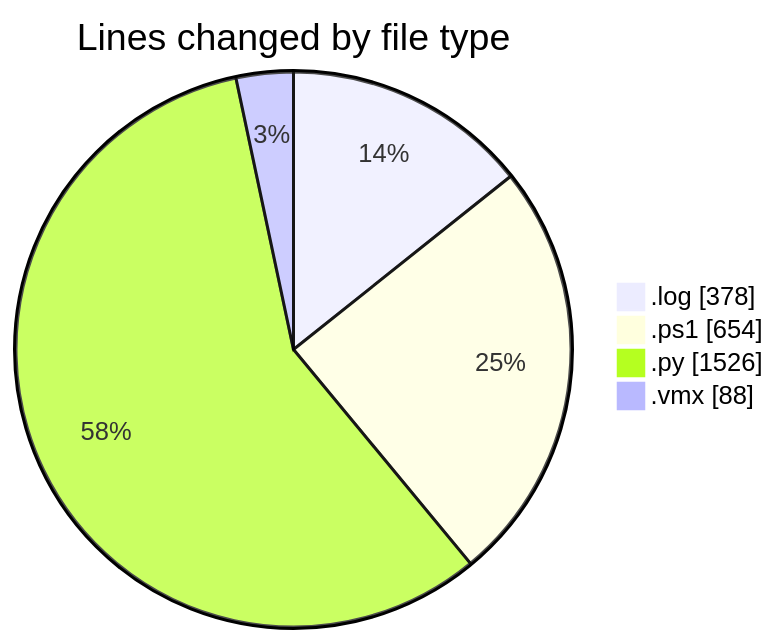
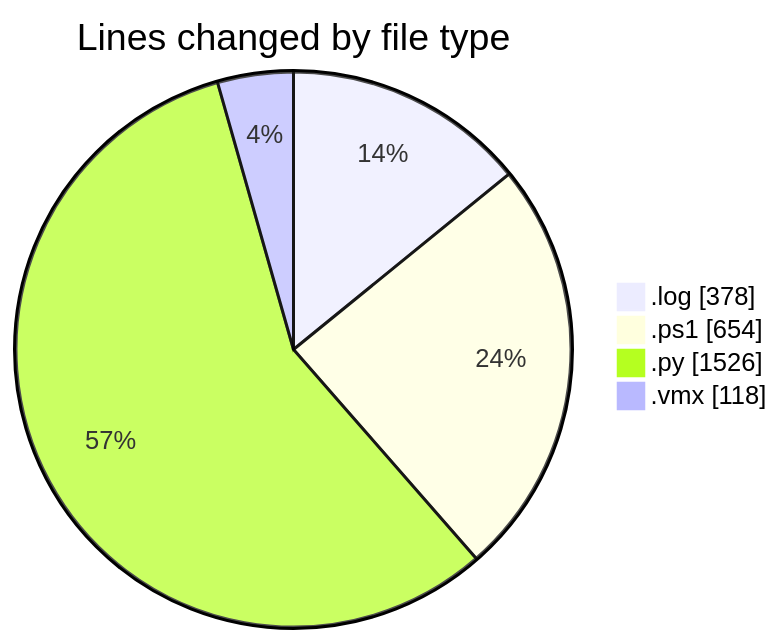
Before and after one commit to shibass792/code-tracking: the first of 2 diagrams in 2026-07-08/twenty_versions_aminor/README.md, drawn with Mermaid. The commit also changed other lines of this file and 1 other file, not shown here.

````diff
--- a/2026-07-08/twenty_versions_aminor/README.md
+++ b/2026-07-08/twenty_versions_aminor/README.md
@@ -25,8 +26,8 @@
 ```mermaid
 pie showData
 title Lines changed by file type
 ".log" : 378
 ".ps1" : 654
 ".py" : 1526
-".vmx" : 88
+".vmx" : 118
 ```
````
